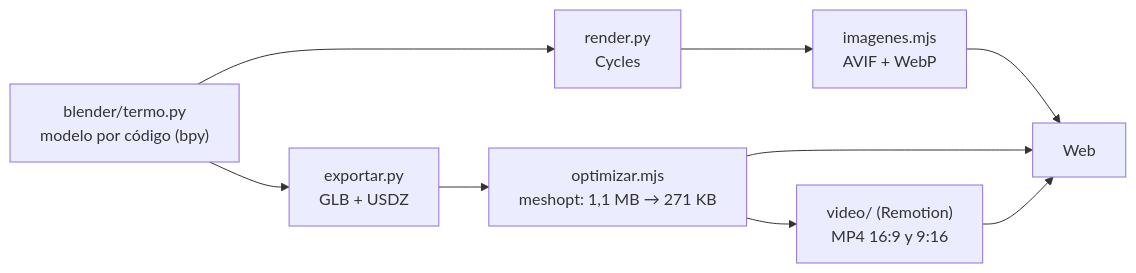
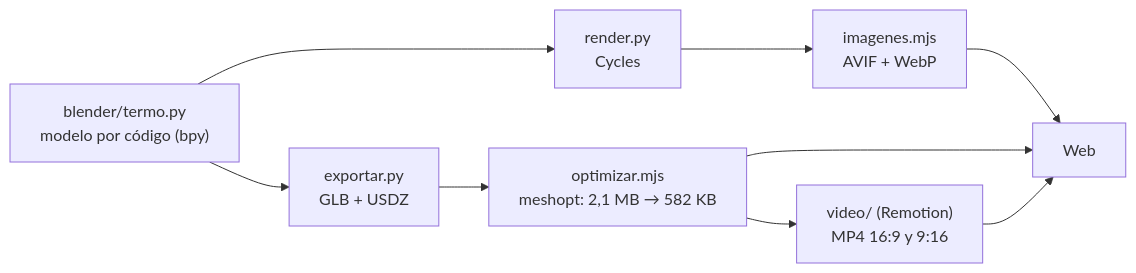
The diagram in README.md (williamzarza2003/kuarahy), drawn with Mermaid before and after one commit. The commit also changed other lines of this file and 7 other files, not shown here.

````diff
--- a/README.md
+++ b/README.md
@@ -21,11 +21,11 @@
 ```mermaid
 flowchart LR
   A["blender/termo.py<br/>modelo por código (bpy)"] --> B["render.py<br/>Cycles"]
   A --> C["exportar.py<br/>GLB + USDZ"]
   B --> D["imagenes.mjs<br/>AVIF + WebP"]
-  C --> E["optimizar.mjs<br/>meshopt: 1,1 MB → 271 KB"]
+  C --> E["optimizar.mjs<br/>meshopt: 2,1 MB → 582 KB"]
   D --> W["Web"]
   E --> W
   E --> V["video/ (Remotion)<br/>MP4 16:9 y 9:16"]
   V --> W
 ```
````
